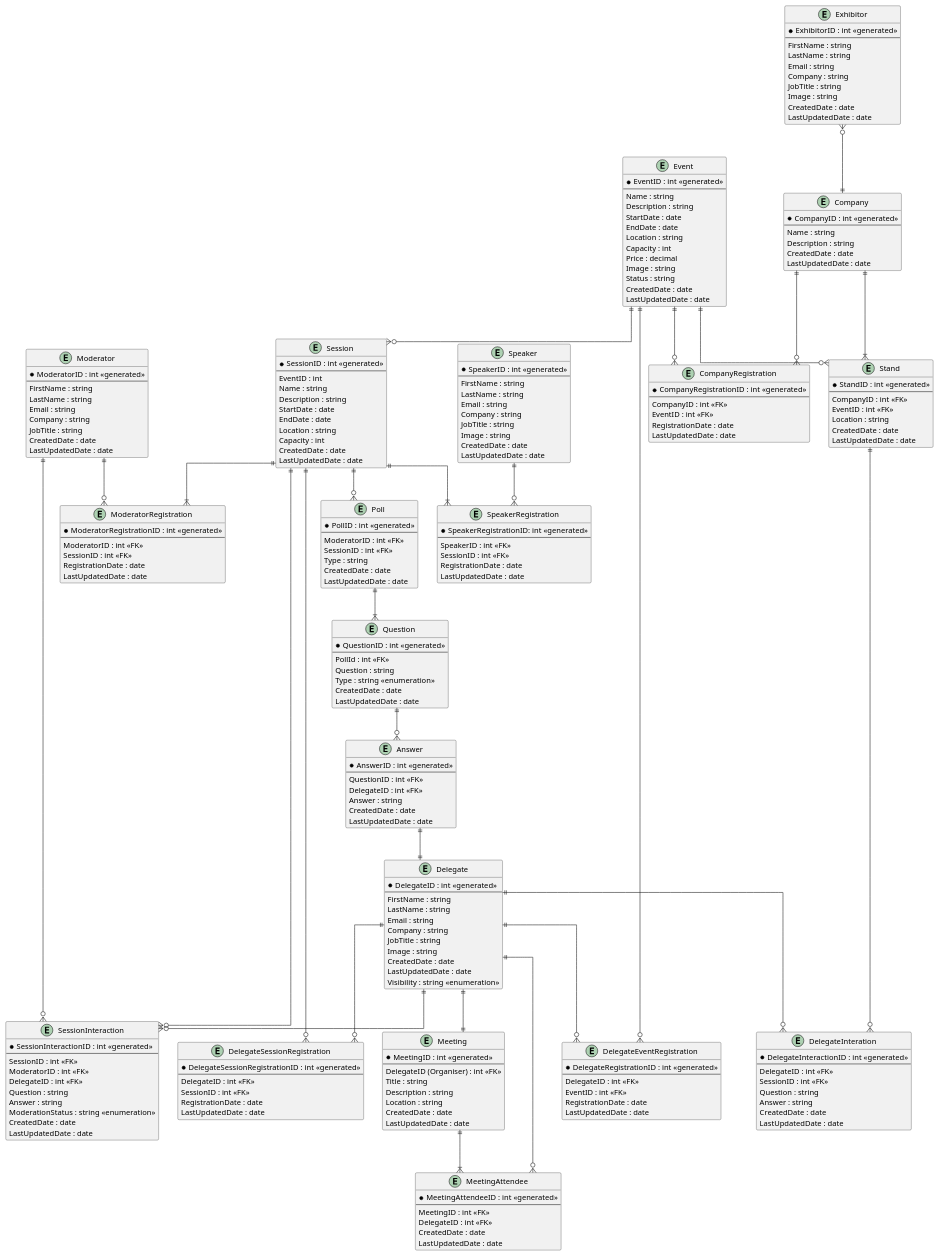
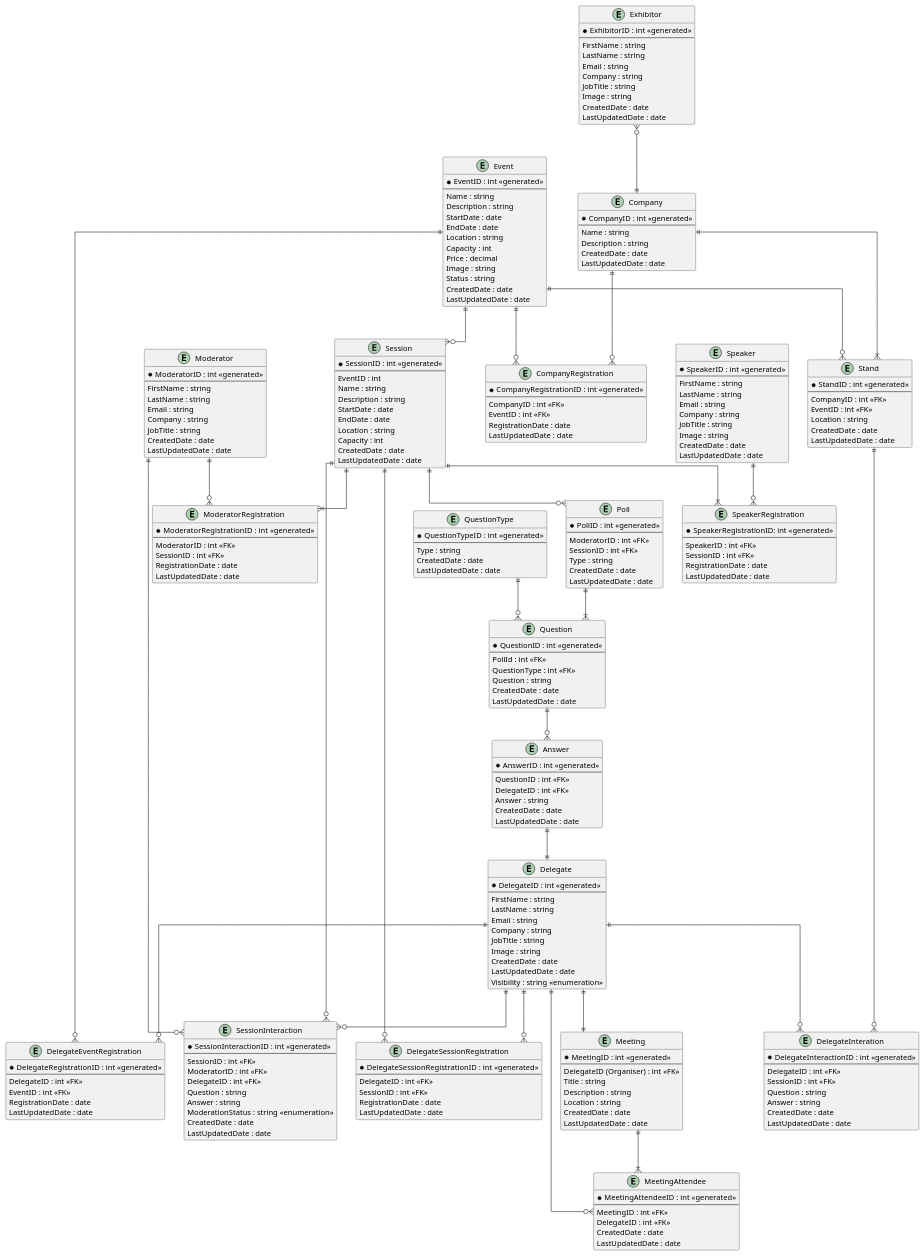
The diagram in BookMeIn2-EntityRelationshipDiagram.puml (CSC-40084-Group-7/BMI2-UML), drawn with PlantUML before and after one commit. The commit also changed 1 other file, not shown here.

```diff
--- a/BookMeIn2-EntityRelationshipDiagram.puml
+++ b/BookMeIn2-EntityRelationshipDiagram.puml
@@ -205,8 +205,16 @@
     * QuestionID : int <<generated>>
     ---
     PollId : int <<FK>>
+    QuestionType : int <<FK>>
     Question : string
-    Type : string <<enumeration>>
+    CreatedDate : date
+    LastUpdatedDate : date
+}
+
+entity "QuestionType" as questiontype {
+    * QuestionTypeID : int <<generated>>
+    ---
+    Type : string
     CreatedDate : date
     LastUpdatedDate : date
 }
@@ -280,4 +288,6 @@
 delegate ||--|| meeting
 meeting ||--|{ meetingattendee
 
+questiontype ||--o{ question
+
 @enduml
```
